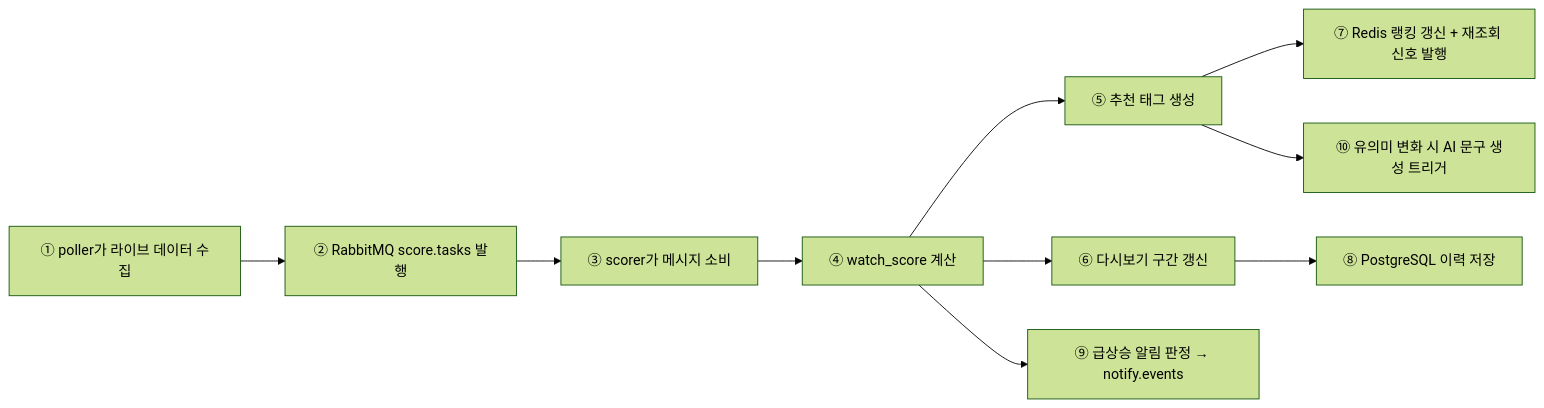
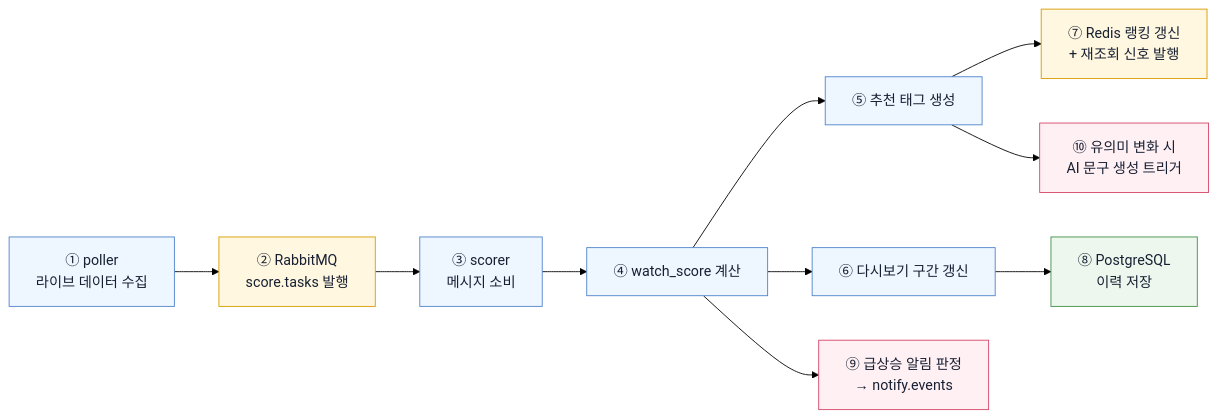
The second of 3 diagrams in docs/design/DATA_PIPELINE.md (team-pulse-mlb/pulse-project), drawn with Mermaid (forest theme) before and after one commit. The commit also changed other lines of this file and 11 other files, not shown here.

````diff
--- a/docs/design/DATA_PIPELINE.md
+++ b/docs/design/DATA_PIPELINE.md
@@ -56,12 +67,22 @@
 ```mermaid
 flowchart LR
-    A["① poller가 라이브 데이터 수집"] --> B["② RabbitMQ score.tasks 발행"]
-    B --> C["③ scorer가 메시지 소비"]
+    classDef app fill:#eef6ff,stroke:#4f83cc,color:#172033
+    classDef mw fill:#fff7df,stroke:#d99a00,color:#172033
+    classDef store fill:#edf7ed,stroke:#3f8f46,color:#172033
+    classDef signal fill:#fff0f3,stroke:#d64568,color:#172033
+
+    A["① poller<br/>라이브 데이터 수집"] --> B["② RabbitMQ<br/>score.tasks 발행"]
+    B --> C["③ scorer<br/>메시지 소비"]
     C --> D["④ watch_score 계산"]
     D --> E["⑤ 추천 태그 생성"]
     D --> F["⑥ 다시보기 구간 갱신"]
-    E --> G["⑦ Redis 랭킹 갱신 + 재조회 신호 발행"]
-    F --> H["⑧ PostgreSQL 이력 저장"]
-    D --> I["⑨ 급상승 알림 판정 → notify.events"]
-    E --> J["⑩ 유의미 변화 시 AI 문구 생성 트리거"]
+    E --> G["⑦ Redis 랭킹 갱신<br/>+ 재조회 신호 발행"]
+    F --> H["⑧ PostgreSQL<br/>이력 저장"]
+    D --> I["⑨ 급상승 알림 판정<br/>→ notify.events"]
+    E --> J["⑩ 유의미 변화 시<br/>AI 문구 생성 트리거"]
+
+    class A,C,D,E,F app
+    class B,G mw
+    class H store
+    class I,J signal
 ```
````
